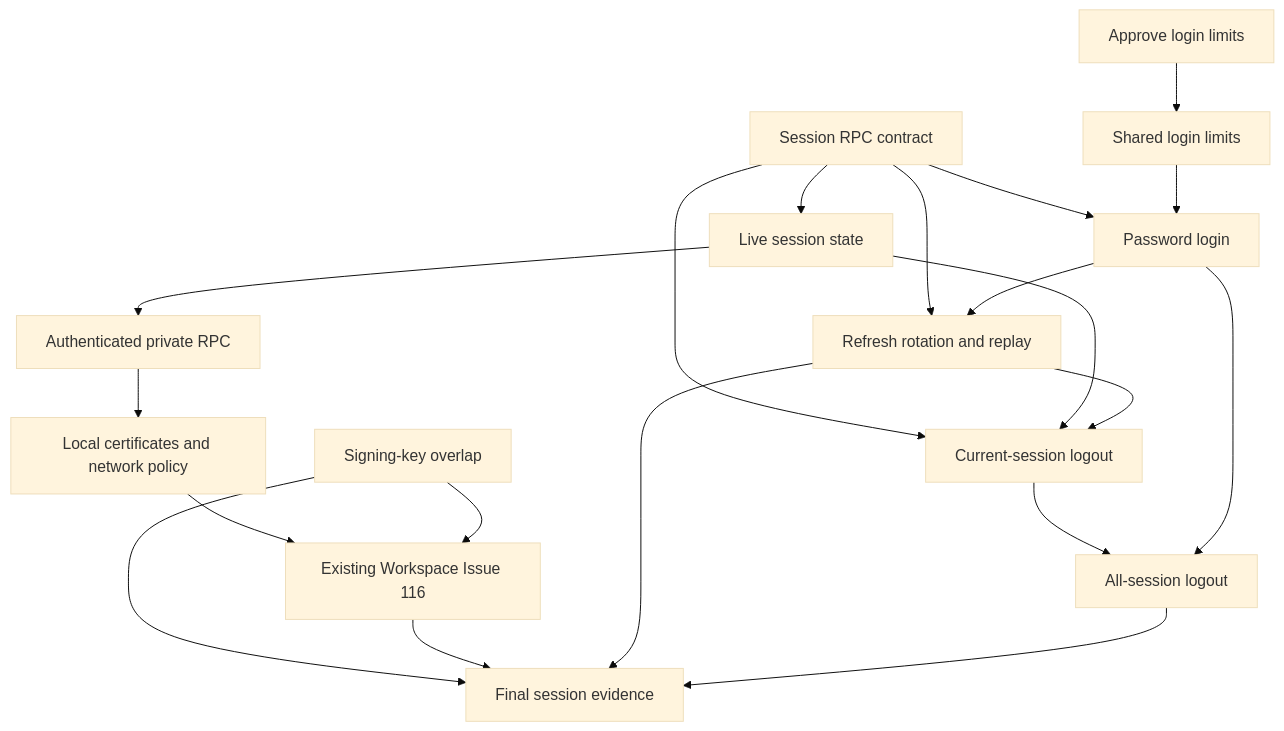
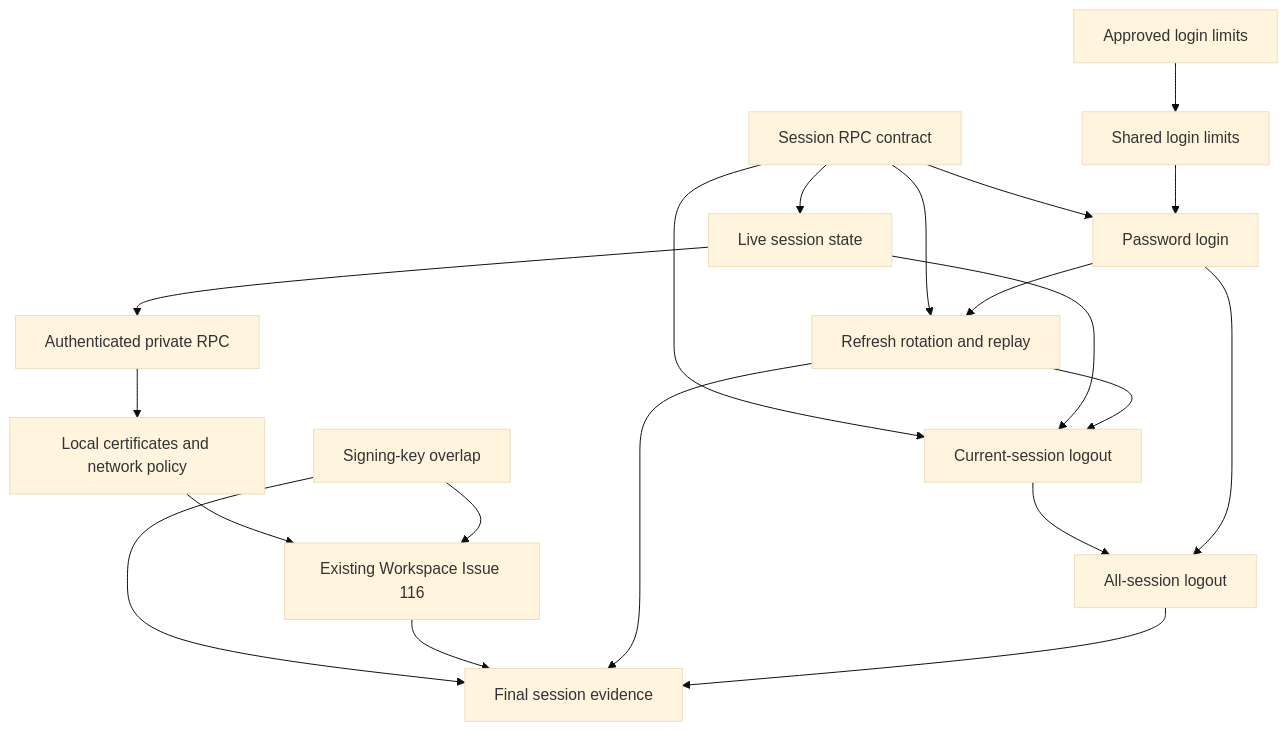
The diagram in tasks/identity-password-login-and-sessions.md (vasapolrittideah/flowspace-api), drawn with Mermaid (base theme) before and after one commit. The commit also changed other lines of this file, not shown here.

First line of the commit message:
docs(identity): record approved login limits in plan

````diff
--- a/tasks/identity-password-login-and-sessions.md
+++ b/tasks/identity-password-login-and-sessions.md
@@ -24,22 +24,22 @@
 ```mermaid
 flowchart TD
-    LimitsDecision[Approve login limits] --> LoginLimits[Shared login limits]
+    LimitsDecision[Approved login limits] --> LoginLimits[Shared login limits]
     Contract[Session RPC contract] --> CheckState[Live session state]
     CheckState --> PrivateRPC[Authenticated private RPC]
     PrivateRPC --> LocalTLS[Local certificates and network policy]
     LocalTLS --> Workspace[Existing Workspace Issue 116]
     Contract --> Login[Password login]
     LoginLimits --> Login
     Contract --> Refresh[Refresh rotation and replay]
     Login --> Refresh
     Contract --> CurrentLogout[Current-session logout]
     CheckState --> CurrentLogout
     Refresh --> CurrentLogout
     CurrentLogout --> AllLogout[All-session logout]
     Login --> AllLogout
     Keys[Signing-key overlap] --> Workspace
     Keys --> Evidence[Final session evidence]
     Workspace --> Evidence
     Refresh --> Evidence
     AllLogout --> Evidence
 ```
````
